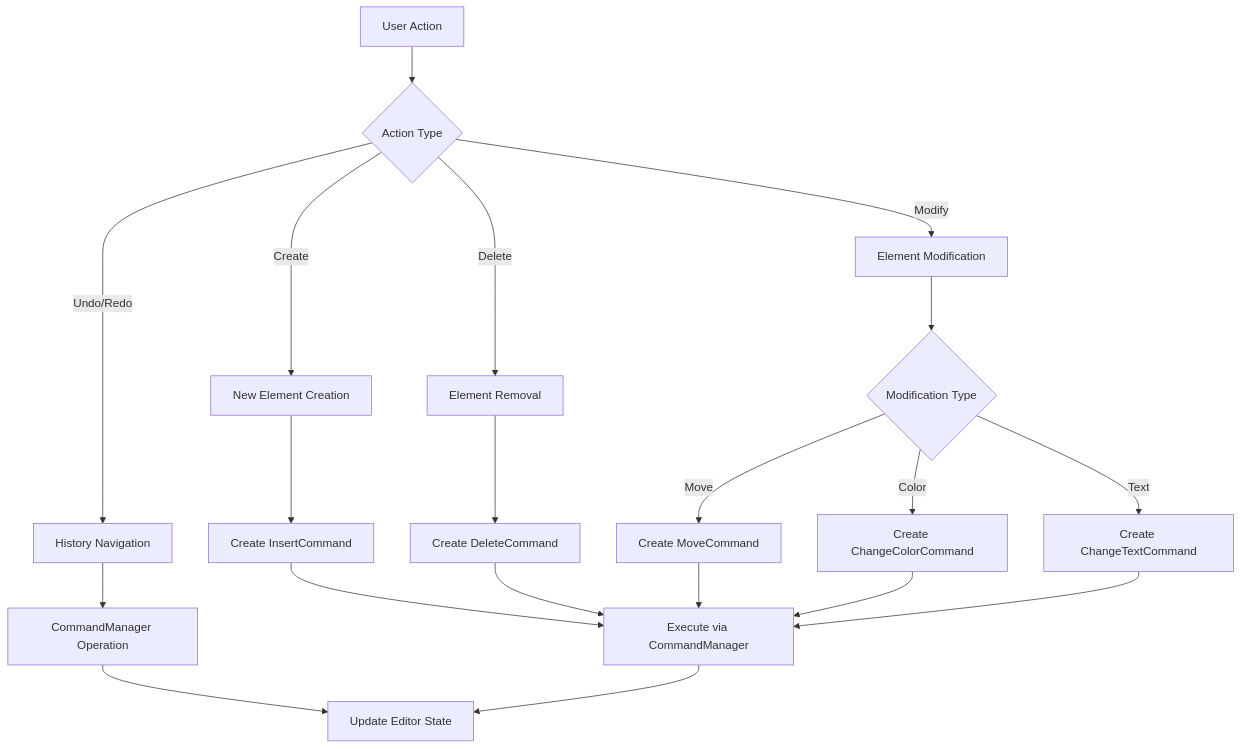
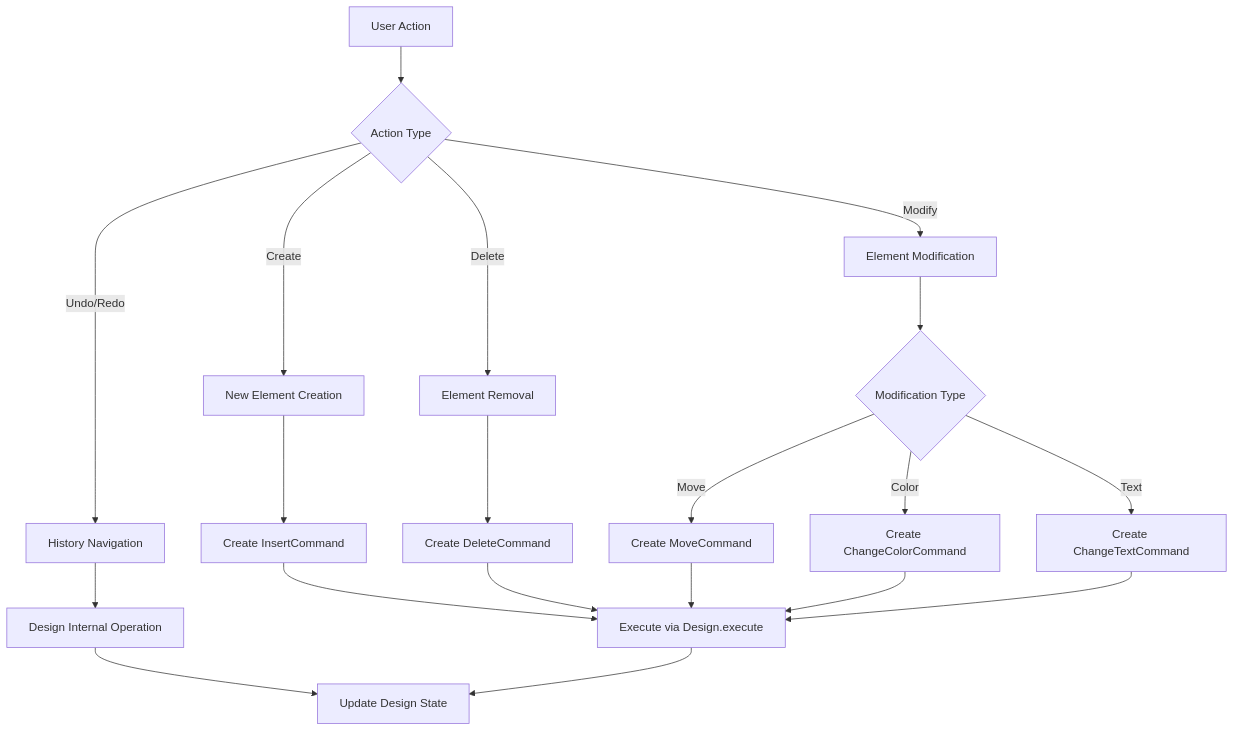
The seventh of 17 diagrams in LLD/Problem_3/solution.md (Swapnil-PixArtPrinting/Questions), drawn with Mermaid before and after one commit. The commit also changed other lines of this file and 3 other files, not shown here.

Commit message:
feat: refactor graphic designer application architecture for multi-document support

````diff
--- a/LLD/Problem_3/solution.md
+++ b/LLD/Problem_3/solution.md
@@ -246,26 +339,26 @@
 ```mermaid
 flowchart TD
     A[User Action] --> B{Action Type}
     
     B -->|Create| C[New Element Creation]
     B -->|Modify| D[Element Modification]
     B -->|Delete| E[Element Removal]
     B -->|Undo/Redo| F[History Navigation]
     
     C --> G[Create InsertCommand]
     D --> H{Modification Type}
     E --> I[Create DeleteCommand]
-    F --> J[CommandManager Operation]
+    F --> J[Design Internal Operation]
     
     H -->|Move| K[Create MoveCommand]
     H -->|Color| L[Create ChangeColorCommand]
     H -->|Text| M[Create ChangeTextCommand]
     
-    G --> N[Execute via CommandManager]
+    G --> N[Execute via Design.execute]
     I --> N
     K --> N
     L --> N
     M --> N
-    J --> O[Update Editor State]
+    J --> O[Update Design State]
     N --> O
 ```
````
